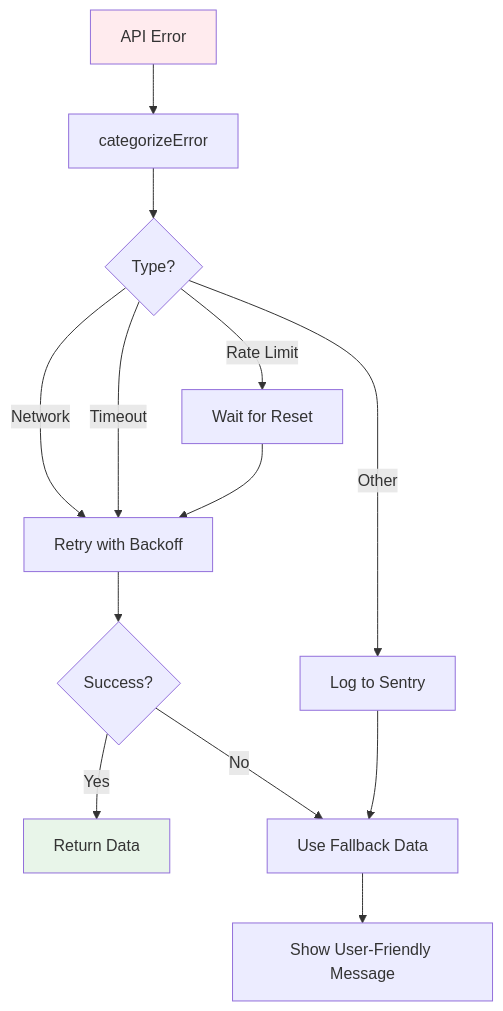
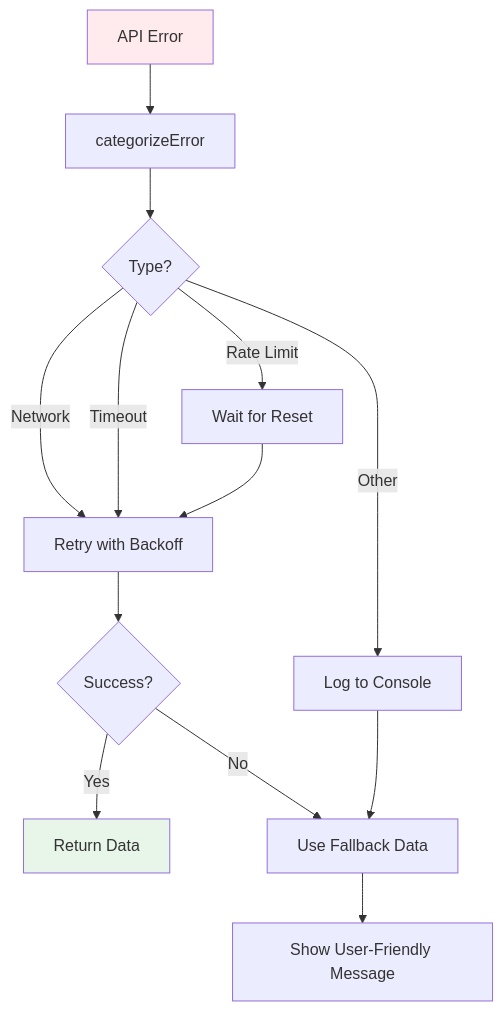
One commit to IIUMstudent/Awesome-IIUM changed the eighth of 13 diagrams in ARCHITECTURE.md. Above: the diagram before and after it, drawn with Mermaid. The commit also changed other lines of this file and 16 other files, not shown here.

````diff
--- a/ARCHITECTURE.md
+++ b/ARCHITECTURE.md
@@ -464,21 +458,21 @@
 ```mermaid
 graph TD
     Error[API Error] --> Categorize[categorizeError]
     Categorize --> Network{Type?}
     
     Network -->|Network| Retry[Retry with Backoff]
     Network -->|Rate Limit| Wait[Wait for Reset]
     Network -->|Timeout| Retry
-    Network -->|Other| Log[Log to Sentry]
+    Network -->|Other| Log[Log to Console]
     
     Retry --> Success{Success?}
     Success -->|Yes| Return[Return Data]
     Success -->|No| Fallback[Use Fallback Data]
     
     Wait --> Retry
     Log --> Fallback
     Fallback --> User[Show User-Friendly Message]
     
     style Error fill:#ffebee
     style Return fill:#e8f5e9
 ```
````
